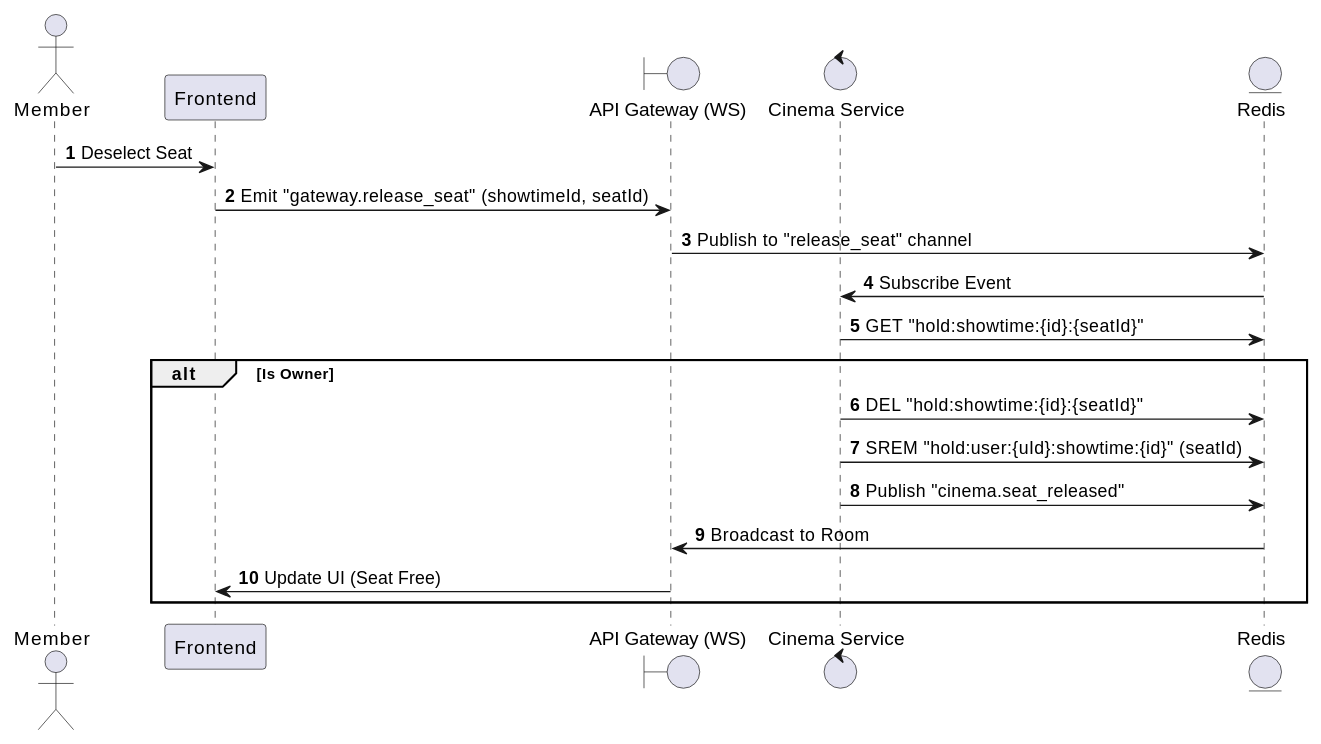
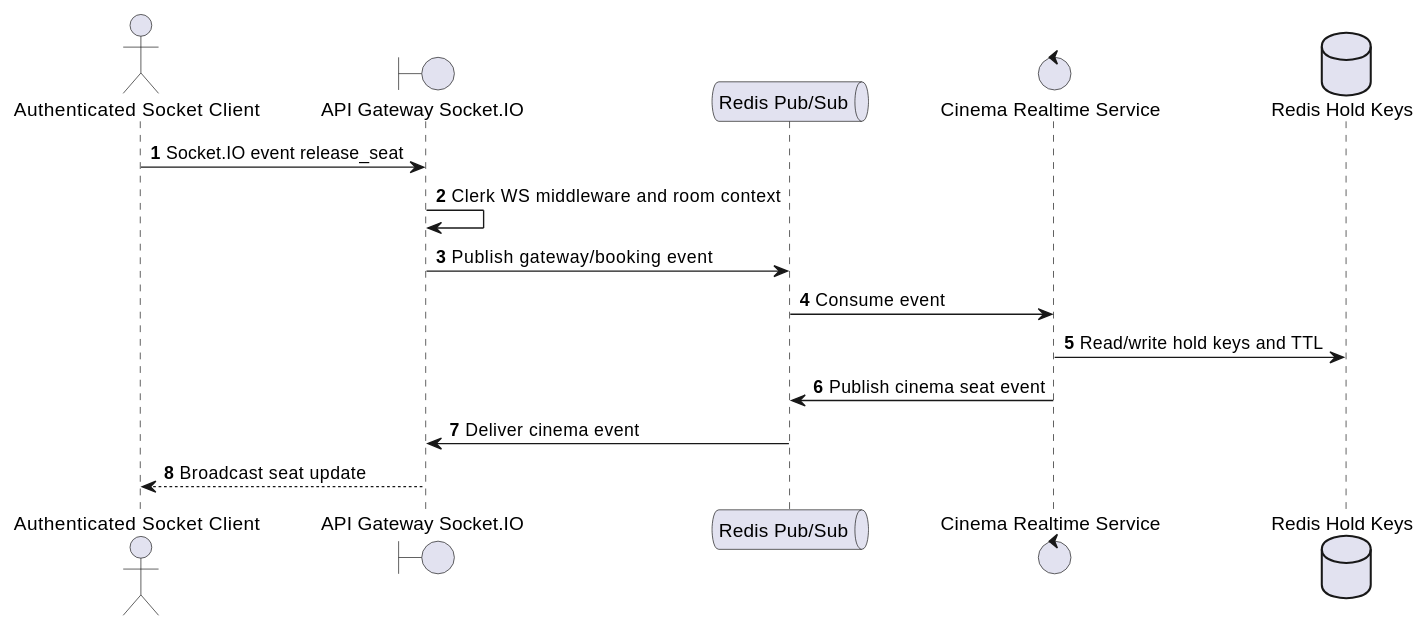
Before and after one commit to Tanh1603/movie-hub-architecture: the first of 2 diagrams in docs/functional_specs/3.5.3_Real-time_Seat_Selection/RT-02_Release_Seat.md, drawn with PlantUML. The commit also changed other lines of this file and 126 other files, not shown here.

````diff
--- a/docs/functional_specs/3.5.3_Real-time_Seat_Selection/RT-02_Release_Seat.md
+++ b/docs/functional_specs/3.5.3_Real-time_Seat_Selection/RT-02_Release_Seat.md
@@ -17,23 +17,19 @@
 ```plantuml
 @startuml
 autonumber
-actor Member
-participant "Frontend" as FE
-boundary "API Gateway (WS)" as WS
-control "Cinema Service" as CS
-entity "Redis" as R
+actor "Authenticated Socket Client" as Actor
+boundary "API Gateway Socket.IO" as GW
+queue "Redis Pub/Sub" as Redis
+control "Cinema Realtime Service" as CRS
+database "Redis Hold Keys" as Hold
 
-Member -> FE: Deselect Seat
-FE -> WS: Emit "gateway.release_seat" (showtimeId, seatId)
-WS -> R: Publish to "release_seat" channel
-R -> CS: Subscribe Event
-CS -> R: GET "hold:showtime:{id}:{seatId}"
-alt Is Owner
-    CS -> R: DEL "hold:showtime:{id}:{seatId}"
-    CS -> R: SREM "hold:user:{uId}:showtime:{id}" (seatId)
-    CS -> R: Publish "cinema.seat_released"
-    R -> WS: Broadcast to Room
-    WS -> FE: Update UI (Seat Free)
-end
+Actor -> GW: Socket.IO event release_seat
+GW -> GW: Clerk WS middleware and room context
+GW -> Redis: Publish gateway/booking event
+Redis -> CRS: Consume event
+CRS -> Hold: Read/write hold keys and TTL
+CRS -> Redis: Publish cinema seat event
+Redis -> GW: Deliver cinema event
+GW --> Actor: Broadcast seat update
 @enduml
 ```
````
